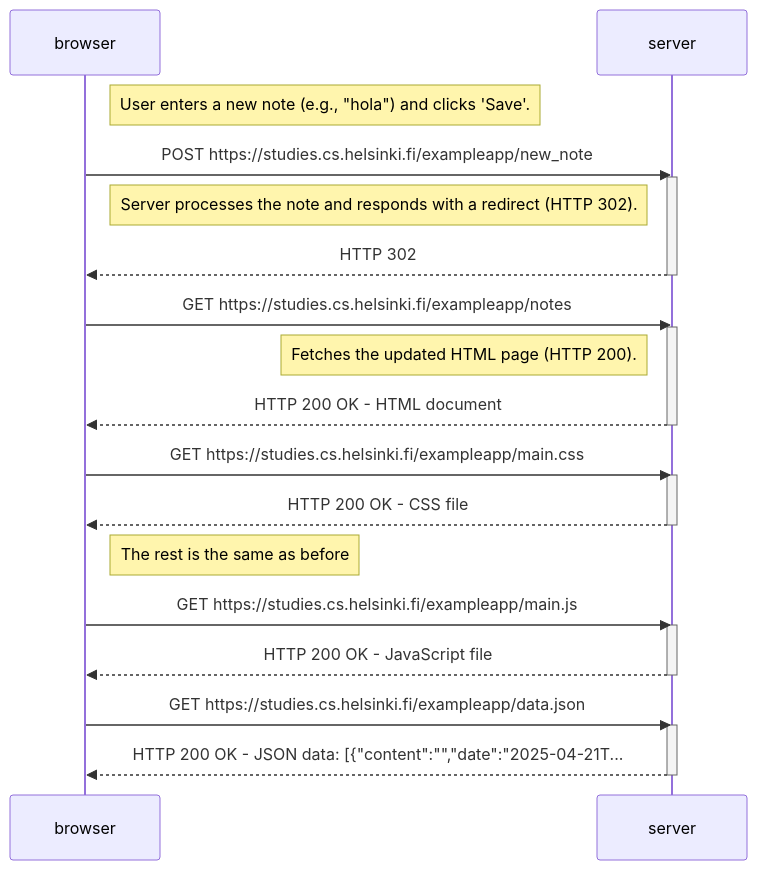
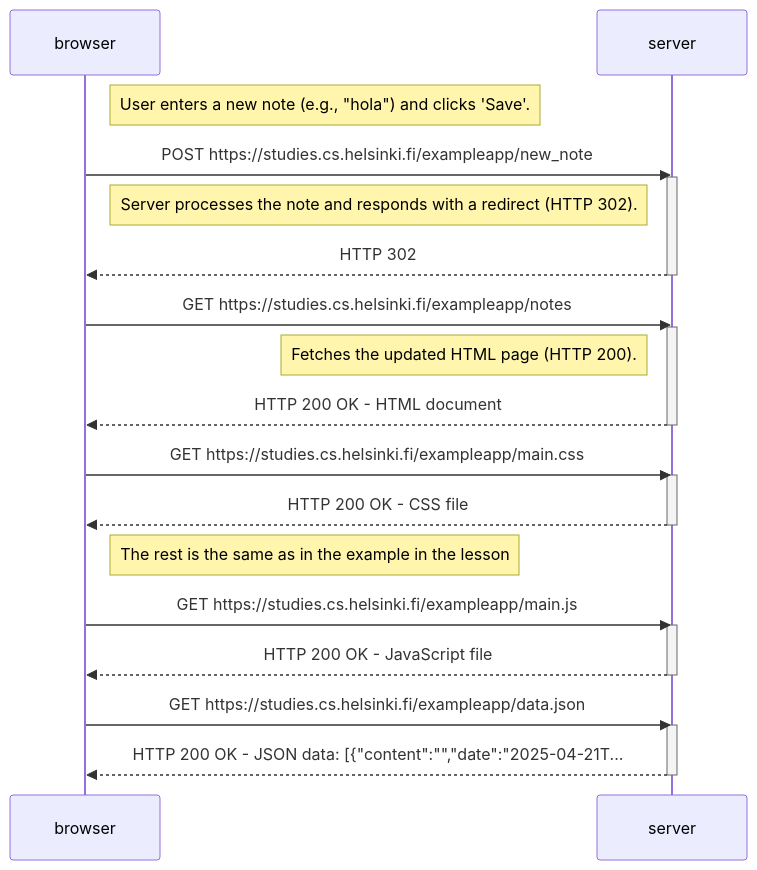
The first of 3 diagrams in part0/README.md (SamuelMolina13/fullstackopen), drawn with Mermaid before and after one commit. The commit also changed other lines of this file, not shown here.

````diff
--- a/part0/README.md
+++ b/part0/README.md
@@ -5,34 +5,34 @@
 ```mermaid
 sequenceDiagram
     participant browser
     participant server
 
     Note right of browser: User enters a new note (e.g., "hola") and clicks 'Save'.
     browser->>server: POST https://studies.cs.helsinki.fi/exampleapp/new_note
     activate server
     Note left of server: Server processes the note and responds with a redirect (HTTP 302).
     server-->>browser: HTTP 302
     deactivate server
 
     browser->>server: GET https://studies.cs.helsinki.fi/exampleapp/notes
     activate server
     Note left of server: Fetches the updated HTML page (HTTP 200).
     server-->>browser: HTTP 200 OK - HTML document
     deactivate server
 
     browser->>server: GET https://studies.cs.helsinki.fi/exampleapp/main.css
     activate server
     server-->>browser: HTTP 200 OK - CSS file
     deactivate server
-    Note right of browser: The rest is the same as before
+    Note right of browser: The rest is the same as in the example in the lesson
 
     browser->>server: GET https://studies.cs.helsinki.fi/exampleapp/main.js
     activate server
     server-->>browser: HTTP 200 OK - JavaScript file
     deactivate server
 
     browser->>server: GET https://studies.cs.helsinki.fi/exampleapp/data.json
     activate server
     server-->>browser: HTTP 200 OK - JSON data: [{"content":"","date":"2025-04-21T...
     deactivate server
 ```
````
